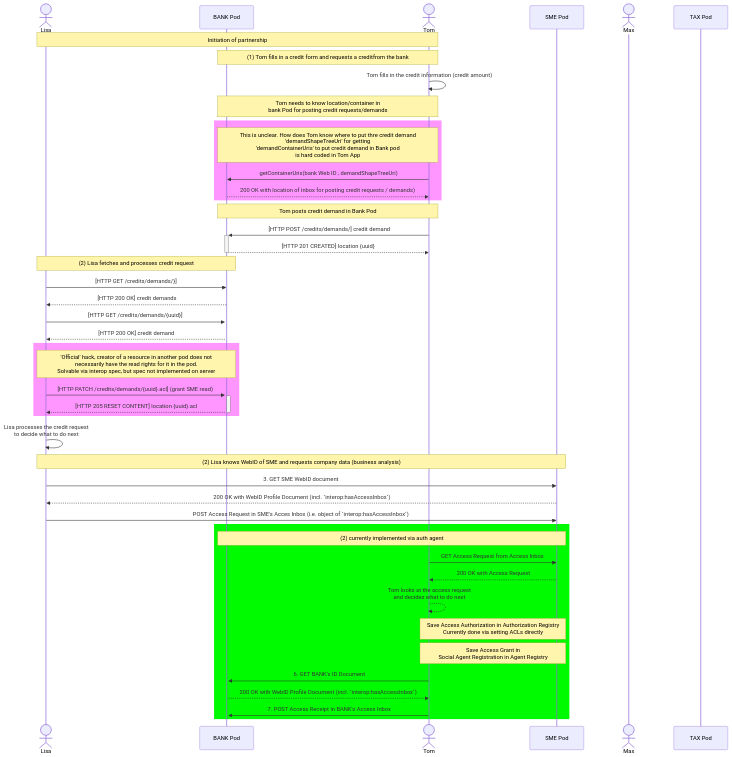
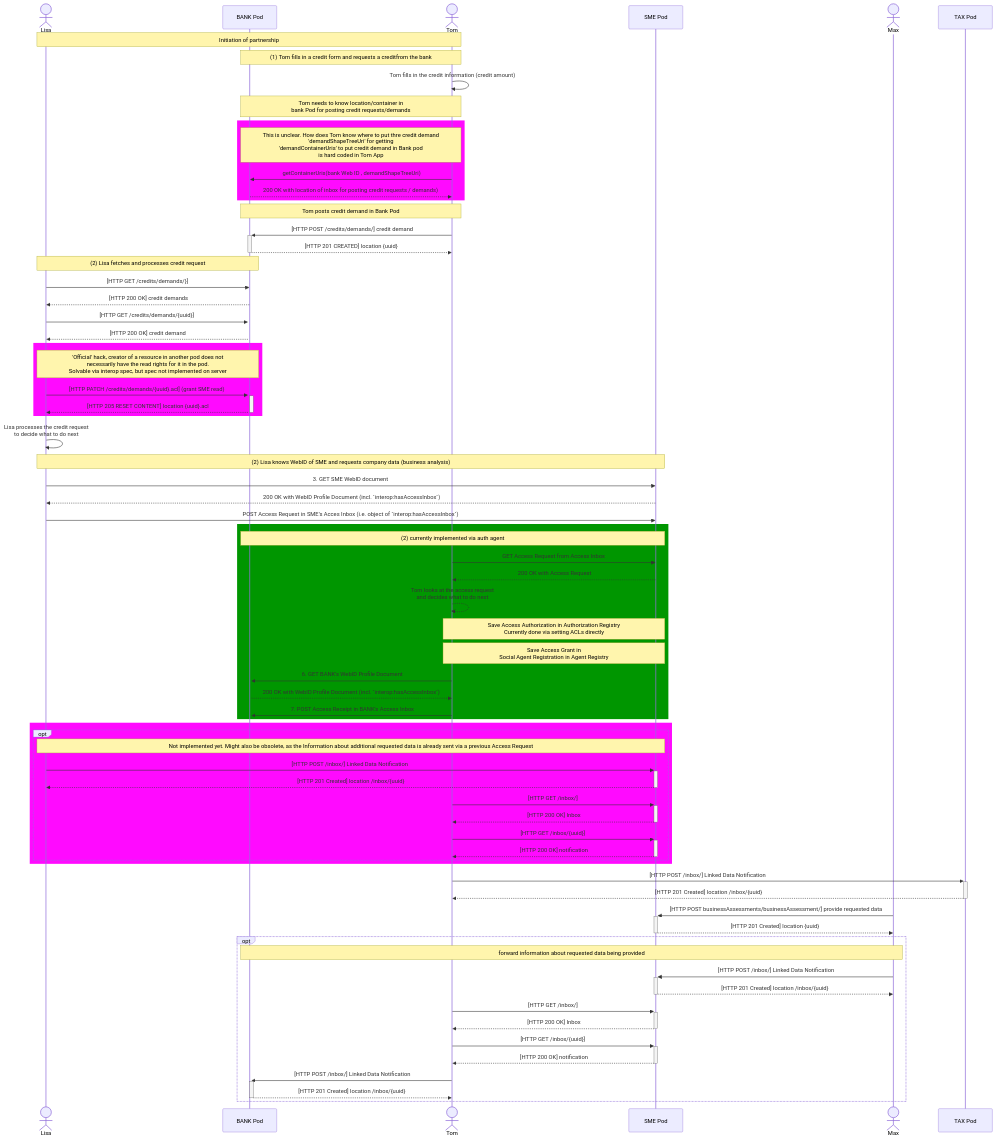
Before and after one commit to mandat-project/hackathon-demo: the diagram in sequenceDiagrams/Anbahnung_new.mmd, drawn with Mermaid. The commit also changed other lines of this file, not shown here.

Commit message:
added LDN notifications to Anbahnung_new.mmd WIP

```diff
--- a/sequenceDiagrams/Anbahnung_new.mmd
+++ b/sequenceDiagrams/Anbahnung_new.mmd
@@ -1,65 +1,100 @@
 sequenceDiagram
 actor Lisa
 participant Bank_Pod as BANK Pod
 actor Tom
 participant KMU_Pod as SME Pod
 actor Max 
 participant StB_Pod as TAX Pod
 
 
 %% autonumber
 %% Initiation of partnership
 note over Lisa,Tom: Initiation of partnership
     note over Tom,Bank_Pod: (1) Tom fills in a credit form and requests a creditfrom the bank
 
      Tom->>Tom: Tom fills in the credit information (credit amount)  
      note over Bank_Pod,Tom: Tom needs to know location/container in  <br/> bank Pod  for posting  credit requests/demands 
-    rect rgb(255, 150, 255)
+    rect rgb(255, 10, 255)
      note over Bank_Pod,Tom: This is unclear.  How does Tom know where to put thre credit demand <br/> 'demandShapeTreeUri' for getting  <br/> 'demandContainerUris' to put credit demand in Bank pod  <br/>  is hard coded in Tom App
      Tom->>Bank_Pod: getContainerUris(bank Web ID , demandShapeTreeUri)
     Bank_Pod -->> Tom: 200 OK with  location of inbox for posting  credit requests / demands)
     end
     %% create credit demand in bank pod
     note over Bank_Pod,Tom: Tom posts credit demand in Bank Pod
     Tom->>+Bank_Pod: [HTTP POST /credits/demands/] credit demand
     Bank_Pod-->>-Tom: [HTTP 201 CREATED] location {uuid}
 
     note over Lisa,Bank_Pod: (2) Lisa fetches and processes credit request
 
     %% fetch credit demand
     Lisa->>Bank_Pod: [HTTP GET /credits/demands/}]
     Bank_Pod-->>Lisa: [HTTP 200 OK] credit demands
     Lisa->>+Bank_Pod: [HTTP GET /credits/demands/{uuid}]
     Bank_Pod-->> Lisa: [HTTP 200 OK] credit demand
 
     %% grant access to that resource to KMU as they do not have access by default
-    %% The following .acl patch is equivalent to acknowledging the demand. 
+    %% The following .acl patch is equivalent to acknowledging the demand.
     %% Otherwise the demand may not exist at all.
-    rect rgb(255, 150, 255)
+    rect rgb(255, 10, 255)
     note over Lisa, Bank_Pod: 'Official' hack, creator of a resource in another pod does not <br/> necessarily have the read rights for it in the pod. <br/> Solvable via interop spec, but spec not implemented on server
     Lisa->>+Bank_Pod: [HTTP PATCH /credits/demands/{uuid}.acl] (grant SME read)
-    Bank_Pod-->>-Lisa: [HTTP 205 RESET CONTENT] location {uuid}.acl    
+    Bank_Pod-->>-Lisa: [HTTP 205 RESET CONTENT] location {uuid}.acl
     end
 
     Lisa->>Lisa: Lisa processes the credit request <br/>  to decide what to do next
     %% (2) Nachfrage aktuelle Unternehmenssituation
     note over Lisa, KMU_Pod: (2) Lisa knows WebID of SME and requests company data  (business analysis)
 
     Lisa->>KMU_Pod: 3. GET SME WebID document
     KMU_Pod -->> Lisa: 200 OK with WebID Profile Document (incl. `interop:hasAccessInbox`)
-        
+
     Lisa->>KMU_Pod:  POST Access Request in SME's Acces Inbox (i.e. object of `interop:hasAccessInbox`)
-    rect rgb(0, 250, 0)
+    rect rgb(0, 150, 0)
     note over Bank_Pod, KMU_Pod: (2) currently implemented via auth agent
     Tom ->> KMU_Pod:  GET Access Request from Access Inbox
     KMU_Pod -->> Tom: 200 OK with Access Request
 
     Tom -->> Tom: Tom looks at the access request <br/> and decides what to do next
-    
+
     Note over Tom, KMU_Pod: Save Access Authorization in Authorization Registry <br/> Currently done via setting ACLs directly
     Note over Tom, KMU_Pod: Save Access Grant in <br/> Social Agent Registration in Agent Registry
-    
-    Tom ->>Bank_Pod: 6. GET BANK's ID Document
+
+    Tom ->>Bank_Pod: 6. GET BANK's WebID Profile Document
     Bank_Pod -->> Tom: 200 OK with WebID Profile Document (incl. `interop:hasAccessInbox`)
     Tom->> Bank_Pod: 7. POST Access Receipt in BANK's Access Inbox
     end
+
+    rect rgb(255, 10, 255)
+        opt
+        note over Lisa, KMU_Pod: Not implemented yet. Might also be obsolete, as the Information about additional requested data is already sent via a previous Access Request
+            %% note over Lisa: This Notification does not contain the request, only a link to the request.
+            Lisa->>+KMU_Pod: [HTTP POST /inbox/] Linked Data Notification
+            KMU_Pod-->>-Lisa: [HTTP 201 Created] location /inbox/{uuid}
+            Tom->>+KMU_Pod: [HTTP GET /inbox/]
+            KMU_Pod-->>-Tom: [HTTP 200 OK] Inbox
+            Tom->>+KMU_Pod: [HTTP GET /inbox/{uuid}]
+            KMU_Pod-->>-Tom: [HTTP 200 OK] notification
+       end
+    end
+
+    Tom->>+StB_Pod: [HTTP POST /inbox/] Linked Data Notification
+    StB_Pod-->>-Tom: [HTTP 201 Created] location /inbox/{uuid}
+
+    %% provide data as reponse to LDN
+    Max->>+KMU_Pod: [HTTP POST businessAssessments/businessAssessment/] provide requested data
+    KMU_Pod-->>-Max: [HTTP 201 Created] location {uuid}
+
+    opt
+    %% (4) Lieferung Nachweis
+    note over Bank_Pod, Max: forward information about requested data being provided
+    %% Notify TAX
+        %% note over Lisa: This Notification does not contain the data, only a link to the data.
+        Max->>+KMU_Pod: [HTTP POST /inbox/] Linked Data Notification
+        KMU_Pod-->>-Max: [HTTP 201 Created] location /inbox/{uuid}
+        Tom->>+KMU_Pod: [HTTP GET /inbox/]
+        KMU_Pod-->>-Tom: [HTTP 200 OK] Inbox
+        Tom->>+KMU_Pod: [HTTP GET /inbox/{uuid}]
+        KMU_Pod-->>-Tom: [HTTP 200 OK] notification
+        Tom->>+Bank_Pod: [HTTP POST /inbox/] Linked Data Notification
+        Bank_Pod-->>-Tom: [HTTP 201 Created] location /inbox/{uuid}
+    end
```
